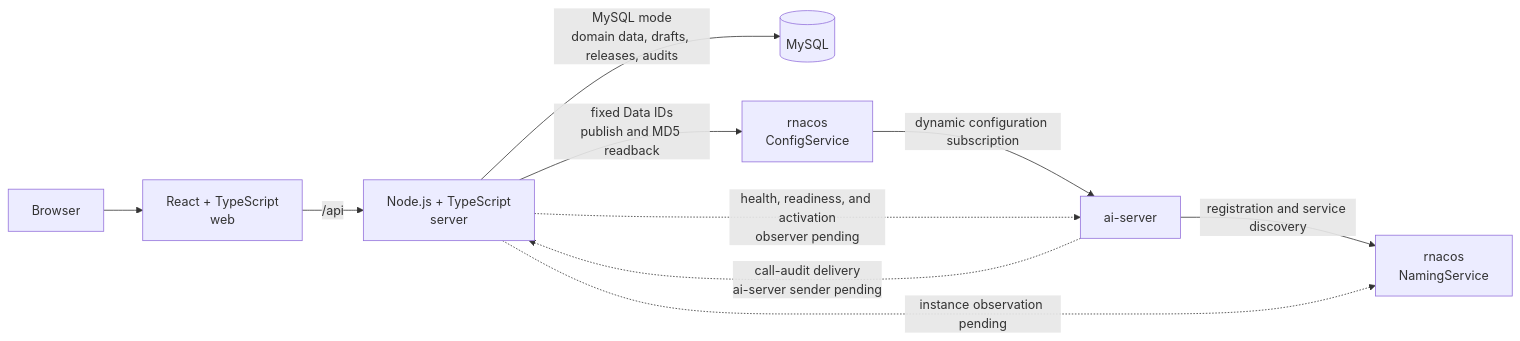
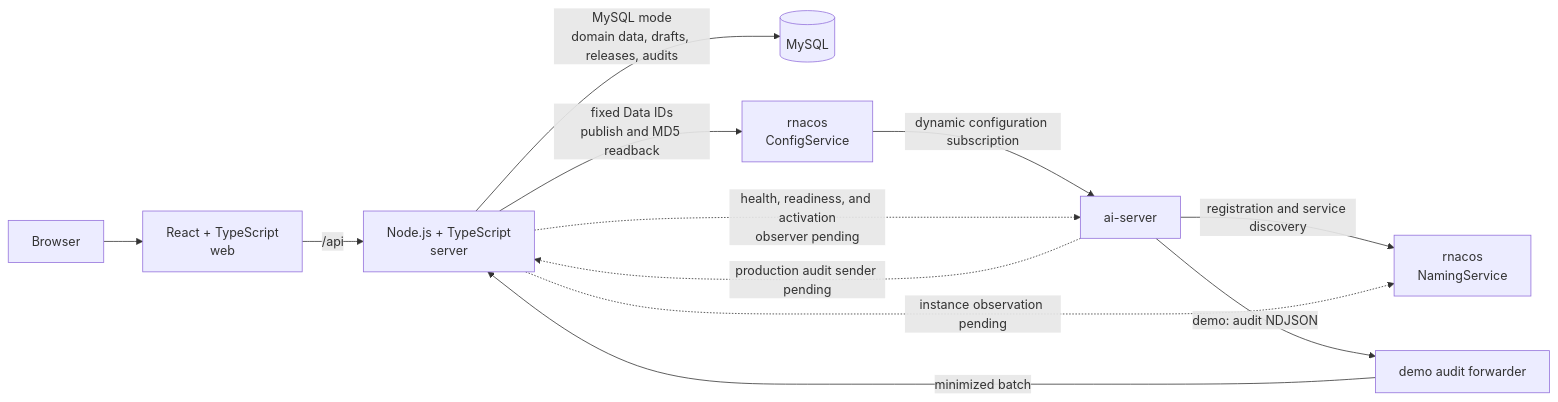
One commit to fiber-net-gateway/ai-gateway changed the diagram in README.md. Above: the diagram before and after it, drawn with Mermaid. The commit also changed other lines of this file and 36 other files, not shown here.

Commit message:
feat: add end-to-end ai-server demo

````diff
--- a/README.md
+++ b/README.md
@@ -28,12 +29,14 @@
 ```mermaid
 flowchart LR
     B[Browser] --> W[React + TypeScript<br/>web]
     W -->|/api| A[Node.js + TypeScript<br/>server]
     A -->|MySQL mode<br/>domain data, drafts, releases, audits| D[(MySQL)]
     A -->|fixed Data IDs<br/>publish and MD5 readback| C[rnacos<br/>ConfigService]
     C -->|dynamic configuration subscription| S[ai-server]
     S -->|registration and service discovery| N[rnacos<br/>NamingService]
-    S -.->|call-audit delivery<br/>ai-server sender pending| A
+    S -->|demo: audit NDJSON| F[demo audit forwarder]
+    F -->|minimized batch| A
+    S -.->|production audit sender pending| A
     A -.->|health, readiness, and activation<br/>observer pending| S
     A -.->|instance observation pending| N
 ```
````
